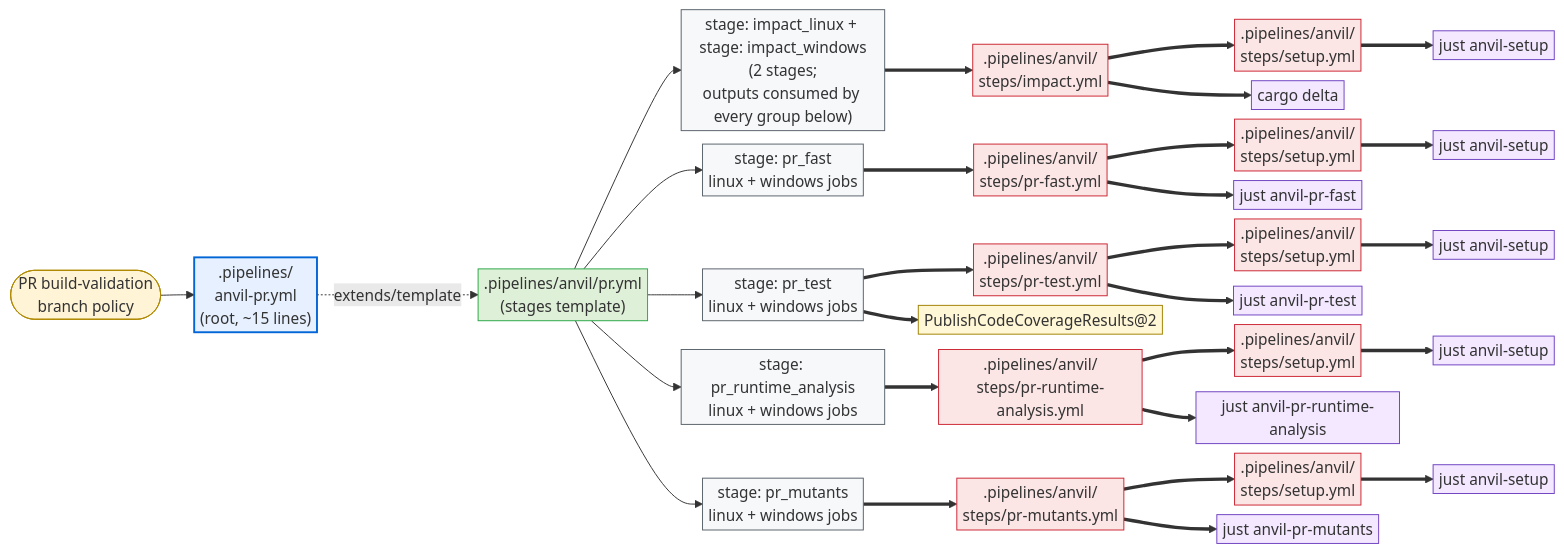
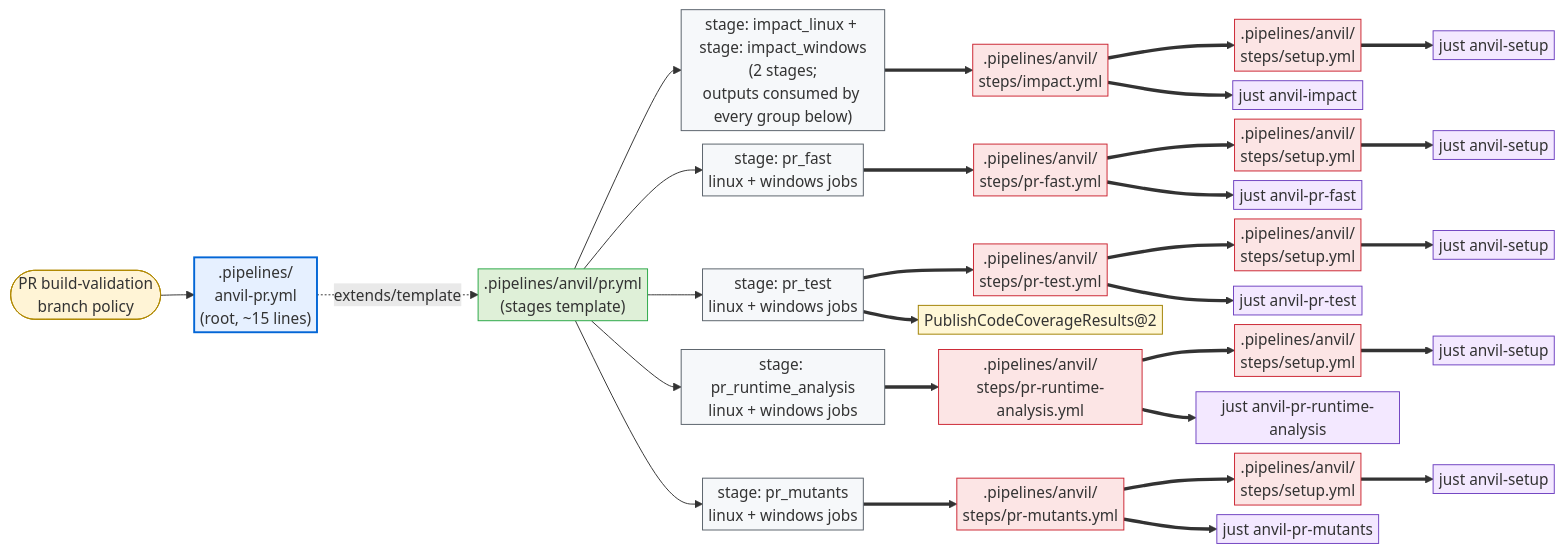
One commit to microsoft/ox-tools changed the first of 2 diagrams in crates/cargo-anvil/docs/design/ado.md. Above: the diagram before and after it, drawn with Mermaid. The commit also changed other lines of this file and 101 other files, not shown here.

First line of the commit message:
feat(cargo-anvil): local impact scoping via a shared anvil-impact recipe

````diff
--- a/crates/cargo-anvil/docs/design/ado.md
+++ b/crates/cargo-anvil/docs/design/ado.md
@@ -44,73 +44,73 @@
 ```mermaid
 %%{init: {"flowchart": {"nodeSpacing": 10, "rankSpacing": 35, "padding": 3}, "themeVariables": {"fontSize": "16px"}}}%%
 flowchart LR
     pr_evt([PR build-validation<br/>branch policy]):::trigger
     pr_root[".pipelines/<br/>anvil-pr.yml<br/>(root, ~15 lines)"]:::root
     pr_stages[".pipelines/anvil/pr.yml<br/>(stages template)"]:::impl
     impact_s["stage: impact_linux + stage: impact_windows<br/>(2 stages;<br/>outputs consumed by every group below)"]:::stage
     pr_fast_s["stage: pr_fast<br/>linux + windows jobs"]:::stage
     pr_test_s["stage: pr_test<br/>linux + windows jobs"]:::stage
     pr_runtime_analysis_s["stage: pr_runtime_analysis<br/>linux + windows jobs"]:::stage
     pr_mutants_s["stage: pr_mutants<br/>linux + windows jobs"]:::stage
     impact_step[".pipelines/anvil/<br/>steps/impact.yml"]:::step
     impact_setup[".pipelines/anvil/<br/>steps/setup.yml"]:::step
     fast_setup[".pipelines/anvil/<br/>steps/setup.yml"]:::step
     test_setup[".pipelines/anvil/<br/>steps/setup.yml"]:::step
     runtime_setup[".pipelines/anvil/<br/>steps/setup.yml"]:::step
     mutants_setup[".pipelines/anvil/<br/>steps/setup.yml"]:::step
     fast_step[".pipelines/anvil/<br/>steps/pr-fast.yml"]:::step
     test_step[".pipelines/anvil/<br/>steps/pr-test.yml"]:::step
     runtime_step[".pipelines/anvil/<br/>steps/pr-runtime-analysis.yml"]:::step
     mutants_step[".pipelines/anvil/<br/>steps/pr-mutants.yml"]:::step
     publish_coverage["PublishCodeCoverageResults@2"]:::external
     fast_just["just anvil-pr-fast"]:::recipe
     fast_setup_just["just anvil-setup"]:::recipe
-    impact_just["cargo delta"]:::recipe
+    impact_just["just anvil-impact"]:::recipe
     impact_setup_just["just anvil-setup"]:::recipe
     test_just["just anvil-pr-test"]:::recipe
     test_setup_just["just anvil-setup"]:::recipe
     runtime_just["just anvil-pr-runtime-analysis"]:::recipe
     runtime_setup_just["just anvil-setup"]:::recipe
     mutants_just["just anvil-pr-mutants"]:::recipe
     mutants_setup_just["just anvil-setup"]:::recipe
 
     pr_evt --> pr_root
     pr_root -. extends/template .-> pr_stages
     pr_stages --> impact_s
     pr_stages --> pr_fast_s
     pr_stages --> pr_test_s
     pr_stages --> pr_runtime_analysis_s
     pr_stages --> pr_mutants_s
 
     impact_s ==> impact_step
     pr_fast_s ==> fast_step
     pr_test_s ==> test_step
     pr_test_s ==> publish_coverage
     pr_runtime_analysis_s ==> runtime_step
     pr_mutants_s ==> mutants_step
 
     impact_step ==> impact_setup
     impact_step ==> impact_just
     fast_step ==> fast_setup
     fast_step ==> fast_just
     test_step ==> test_setup
     test_step ==> test_just
     runtime_step ==> runtime_setup
     runtime_step ==> runtime_just
     mutants_step ==> mutants_setup
     mutants_step ==> mutants_just
 
     impact_setup ==> impact_setup_just
     fast_setup ==> fast_setup_just
     test_setup ==> test_setup_just
     runtime_setup ==> runtime_setup_just
     mutants_setup ==> mutants_setup_just
 
     classDef trigger fill:#fff4d6,stroke:#b08800,stroke-width:1px;
     classDef root fill:#e6f0ff,stroke:#0366d6,stroke-width:2px;
     classDef impl fill:#dff0d8,stroke:#28a745,stroke-width:1px;
     classDef stage fill:#f6f8fa,stroke:#586069,stroke-width:1px;
     classDef step fill:#fce5e5,stroke:#cb2431,stroke-width:1px;
     classDef external fill:#fff7d6,stroke:#a08000,stroke-width:1px;
     classDef recipe fill:#f3e8ff,stroke:#6f42c1,stroke-width:1px;
 ```
````
